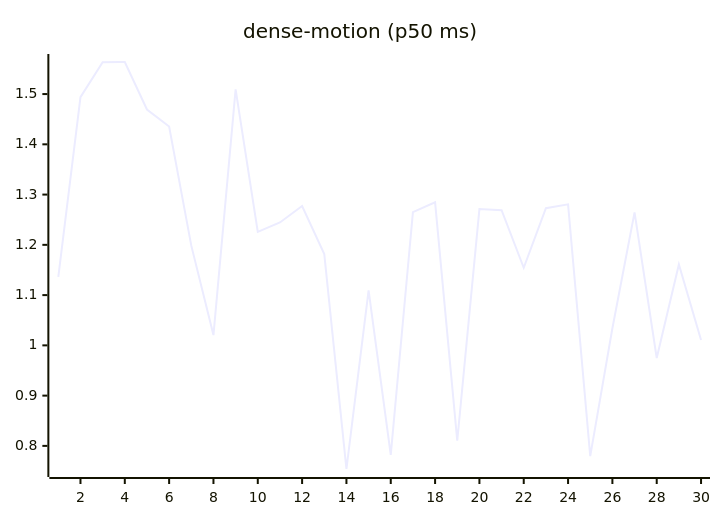
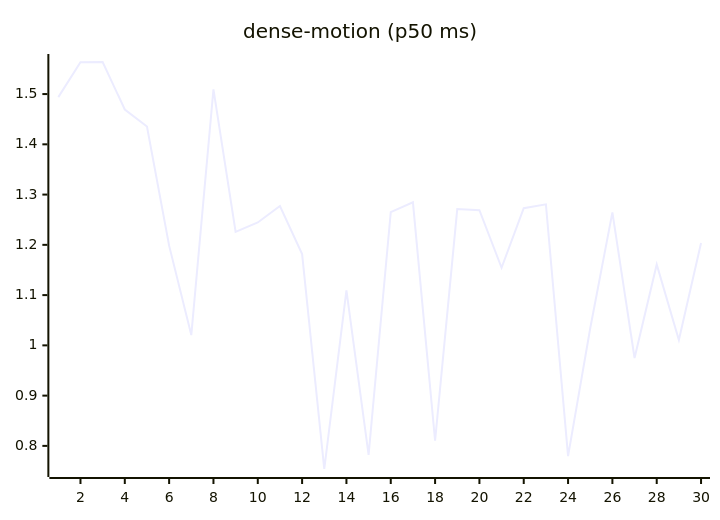
The ninth of 27 diagrams in README.md (josha/Facet), drawn with Mermaid before and after one commit. The commit also changed other lines of this file and 2 other files, not shown here.

````diff
--- a/README.md
+++ b/README.md
@@ -119,6 +119,6 @@
 ```mermaid
 xychart-beta
     title "dense-motion (p50 ms)"
     x-axis 1 --> 30
-    line [1.1365, 1.4939, 1.5634, 1.5638, 1.4692, 1.4355, 1.1984, 1.0205, 1.5093, 1.2258, 1.2445, 1.2773, 1.1817, 0.7540, 1.1093, 0.7822, 1.2651, 1.2846, 0.8102, 1.2712, 1.2688, 1.1544, 1.2730, 1.2805, 0.7796, 1.0341, 1.2646, 0.9749, 1.1610, 1.0105]
+    line [1.4939, 1.5634, 1.5638, 1.4692, 1.4355, 1.1984, 1.0205, 1.5093, 1.2258, 1.2445, 1.2773, 1.1817, 0.7540, 1.1093, 0.7822, 1.2651, 1.2846, 0.8102, 1.2712, 1.2688, 1.1544, 1.2730, 1.2805, 0.7796, 1.0341, 1.2646, 0.9749, 1.1610, 1.0105, 1.2037]
 ```
````
